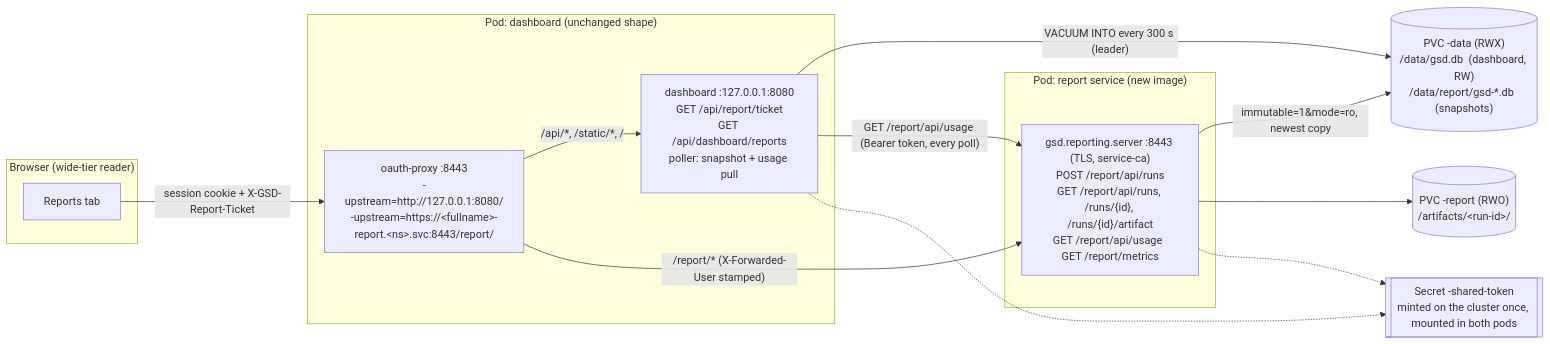
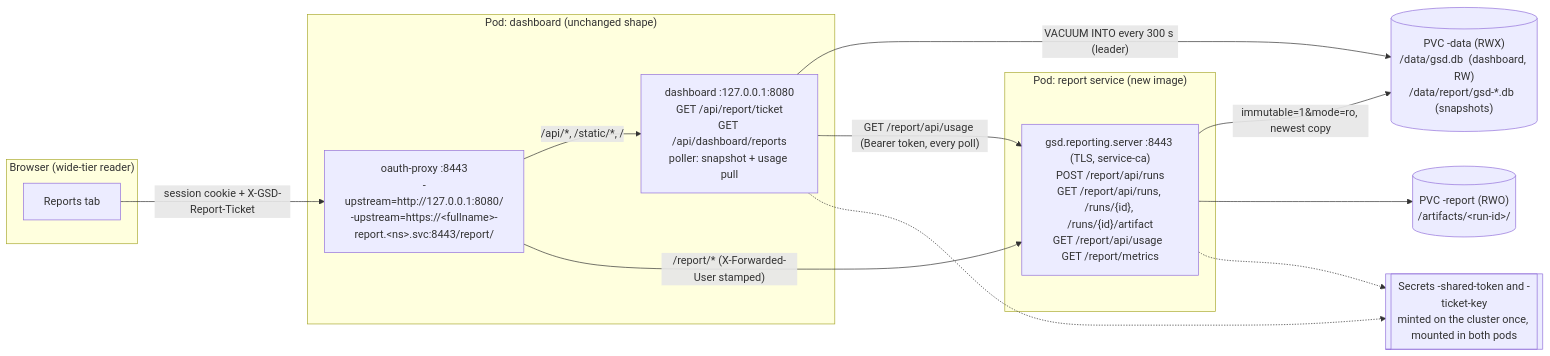
The first of 3 diagrams in docs/DESIGN_reporting_service.md (ephico2real2/group-sync-dashboard), drawn with Mermaid before and after one commit. The commit also changed other lines of this file and 37 other files, not shown here.

Commit message:
#392: tickets are signed with a ticket key of their own, applied from SPEC_F6's 87 blocks; application 4.6.0, chart 0.69.0

````diff
--- a/docs/DESIGN_reporting_service.md
+++ b/docs/DESIGN_reporting_service.md
@@ -27,25 +27,25 @@
 ```mermaid
 flowchart LR
   subgraph browser["Browser (wide-tier reader)"]
     ui["Reports tab"]
   end
   subgraph dpod["Pod: dashboard (unchanged shape)"]
     proxy["oauth-proxy :8443<br/>-upstream=http://127.0.0.1:8080/<br/>-upstream=https://&lt;fullname&gt;-report.&lt;ns&gt;.svc:8443/report/"]
     app["dashboard :127.0.0.1:8080<br/>GET /api/report/ticket<br/>GET /api/dashboard/reports<br/>poller: snapshot + usage pull"]
     proxy -->|"/api/*, /static/*, /"| app
   end
   subgraph rpod["Pod: report service (new image)"]
     rsvc["gsd.reporting.server :8443 (TLS, service-ca)<br/>POST /report/api/runs<br/>GET /report/api/runs, /runs/{id}, /runs/{id}/artifact<br/>GET /report/api/usage  GET /report/metrics"]
   end
   pvcData[("PVC -data (RWX)<br/>/data/gsd.db  (dashboard, RW)<br/>/data/report/gsd-*.db  (snapshots)")]
   pvcArt[("PVC -report (RWO)<br/>/artifacts/&lt;run-id&gt;/")]
-  secret[["Secret -shared-token<br/>minted on the cluster once, mounted in both pods"]]
+  secret[["Secrets -shared-token and -ticket-key<br/>minted on the cluster once, mounted in both pods"]]
   ui -->|"session cookie + X-GSD-Report-Ticket"| proxy
   proxy -->|"/report/* (X-Forwarded-User stamped)"| rsvc
   app -->|"VACUUM INTO every 300 s (leader)"| pvcData
   rsvc -->|"immutable=1&mode=ro, newest copy"| pvcData
   rsvc --> pvcArt
   app -->|"GET /report/api/usage (Bearer token, every poll)"| rsvc
   app -.-> secret
   rsvc -.-> secret
 ```
````
